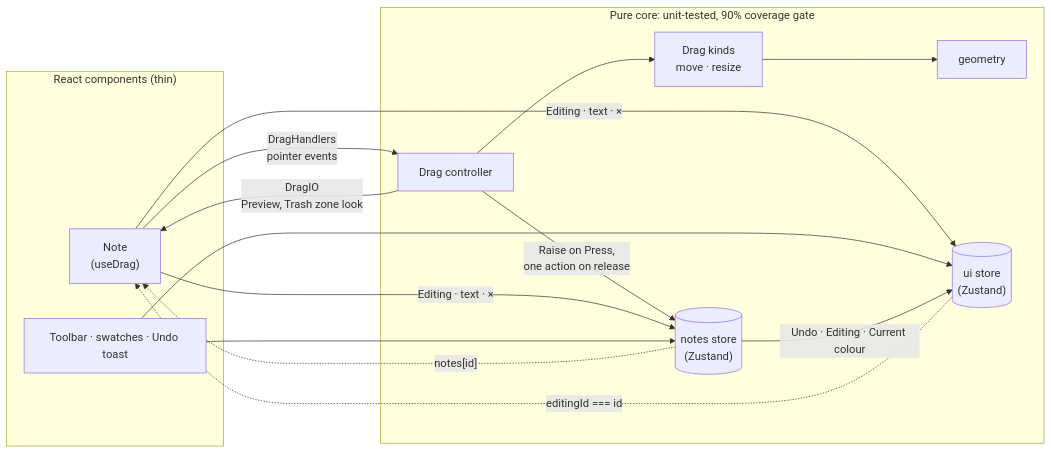
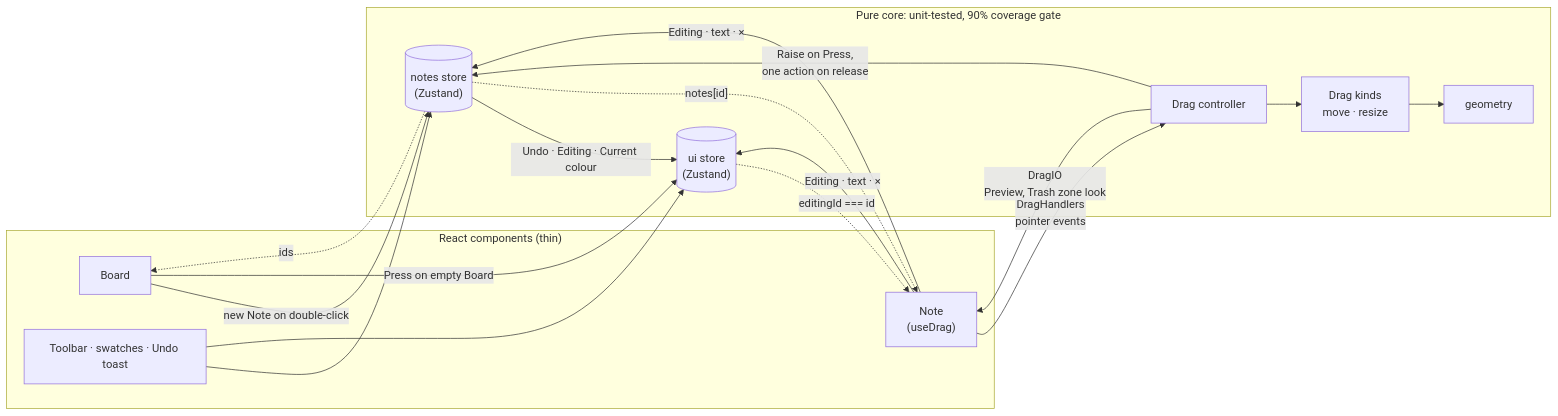
Before and after one commit to juanccastillog80/sticky-notes: the diagram in README.md, drawn with Mermaid. The commit also changed 1 other file, not shown here.

Commit message:
README: add the Board to the architecture diagram

````diff
--- a/README.md
+++ b/README.md
@@ -61,23 +61,27 @@
 ```mermaid
 flowchart LR
   subgraph UI["React components (thin)"]
+    Board["Board"]
     Note["Note<br/>(useDrag)"]
     Bar["Toolbar · swatches · Undo toast"]
   end
   subgraph Core["Pure core: unit-tested, 90% coverage gate"]
     Ctrl["Drag controller"]
     Kinds["Drag kinds<br/>move · resize"]
     Geo["geometry"]
     NS[("notes store<br/>(Zustand)")]
     US[("ui store<br/>(Zustand)")]
   end
   Note -- "DragHandlers<br/>pointer events" --> Ctrl
   Ctrl -- "DragIO<br/>Preview, Trash zone look" --> Note
   Ctrl --> Kinds --> Geo
   Ctrl -- "Raise on Press,<br/>one action on release" --> NS
   Note -- "Editing · text · ×" --> NS & US
+  Board -- "new Note on double-click" --> NS
+  Board -- "Press on empty Board" --> US
   Bar --> NS & US
   NS -- "Undo · Editing · Current colour" --> US
+  NS -. "ids" .-> Board
   NS -. "notes[id]" .-> Note
   US -. "editingId === id" .-> Note
 ```
````
